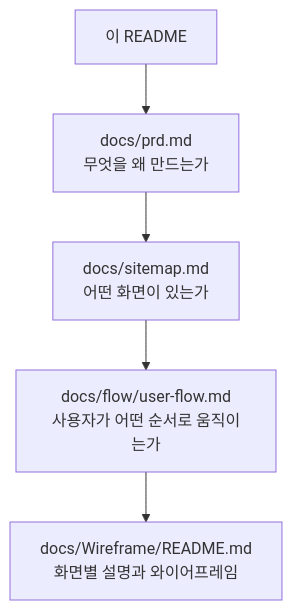
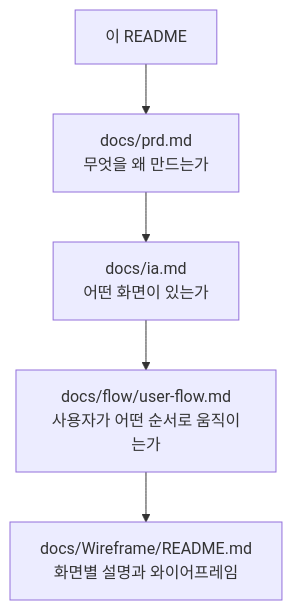
Before and after one commit to blackstarzck/topik-project-v13: the fifth of 8 diagrams in README.md, drawn with Mermaid. The commit also changed other lines of this file and 436 other files, not shown here.

````diff
--- a/README.md
+++ b/README.md
@@ -159,7 +159,7 @@
 ```mermaid
 flowchart TD
     A["이 README"] --> B["docs/prd.md<br/>무엇을 왜 만드는가"]
-    B --> C["docs/sitemap.md<br/>어떤 화면이 있는가"]
+    B --> C["docs/ia.md<br/>어떤 화면이 있는가"]
     C --> D["docs/flow/user-flow.md<br/>사용자가 어떤 순서로 움직이는가"]
     D --> E["docs/Wireframe/README.md<br/>화면별 설명과 와이어프레임"]
 ```
````
